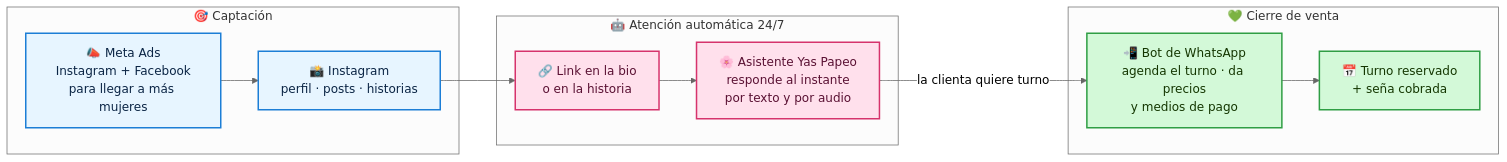
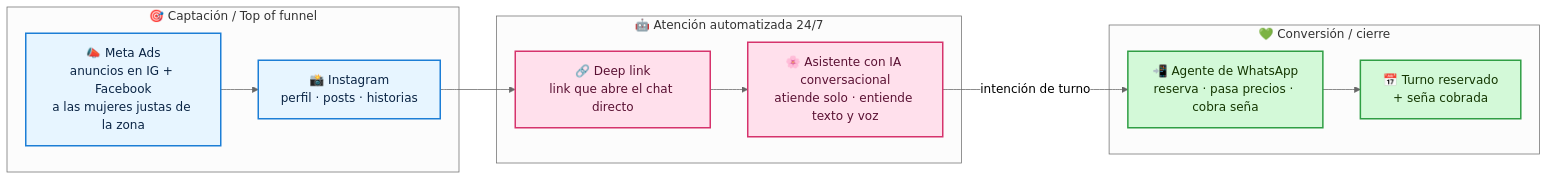
Before and after one commit to sergiopalomba05-jpg/quantumhive: the first of 5 diagrams in agencia/bots/yas-papeo/docs/arquitectura.md, drawn with Mermaid (neutral theme). The commit also changed other lines of this file and 1 other file, not shown here.

First line of the commit message:
docs(yas-papeo): jerga tecnica con aclaraciones en criollo, vision a futuro y nombre real del IG

````diff
--- a/agencia/bots/yas-papeo/docs/arquitectura.md
+++ b/agencia/bots/yas-papeo/docs/arquitectura.md
@@ -17,31 +21,31 @@
 ```mermaid
 flowchart LR
-    subgraph CAP["🎯 Captación"]
-        ADS[📣 Meta Ads<br/>Instagram + Facebook<br/>para llegar a más mujeres]
+    subgraph CAP["🎯 Captación / Top of funnel"]
+        ADS[📣 Meta Ads<br/>anuncios en IG + Facebook<br/>a las mujeres justas de la zona]
         IG[📸 Instagram<br/>perfil · posts · historias]
     end
 
-    subgraph AT["🤖 Atención automática 24/7"]
-        LINK[🔗 Link en la bio<br/>o en la historia]
-        BOT[🌸 Asistente Yas Papeo<br/>responde al instante<br/>por texto y por audio]
+    subgraph AT["🤖 Atención automatizada 24/7"]
+        LINK[🔗 Deep link<br/>link que abre el chat directo]
+        BOT[🌸 Asistente con IA conversacional<br/>atiende solo · entiende texto y voz]
     end
 
-    subgraph CIE["💚 Cierre de venta"]
-        WABOT[📲 Bot de WhatsApp<br/>agenda el turno · da precios<br/>y medios de pago]
+    subgraph CIE["💚 Conversión / cierre"]
+        WABOT[📲 Agente de WhatsApp<br/>reserva · pasa precios · cobra seña]
         TURNO[📅 Turno reservado<br/>+ seña cobrada]
     end
 
     ADS --> IG
     IG --> LINK
     LINK --> BOT
-    BOT -->|la clienta quiere turno| WABOT
+    BOT -->|intención de turno| WABOT
     WABOT --> TURNO
 
     classDef cap fill:#e7f5ff,stroke:#1c7ed6,stroke-width:2px,color:#0b2545;
     classDef at fill:#ffe0ec,stroke:#d6336c,stroke-width:2px,color:#5a1133;
     classDef cie fill:#d3f9d8,stroke:#2f9e44,stroke-width:2px,color:#143601;
 
     class ADS,IG cap;
     class LINK,BOT at;
     class WABOT,TURNO cie;
 ```
````
